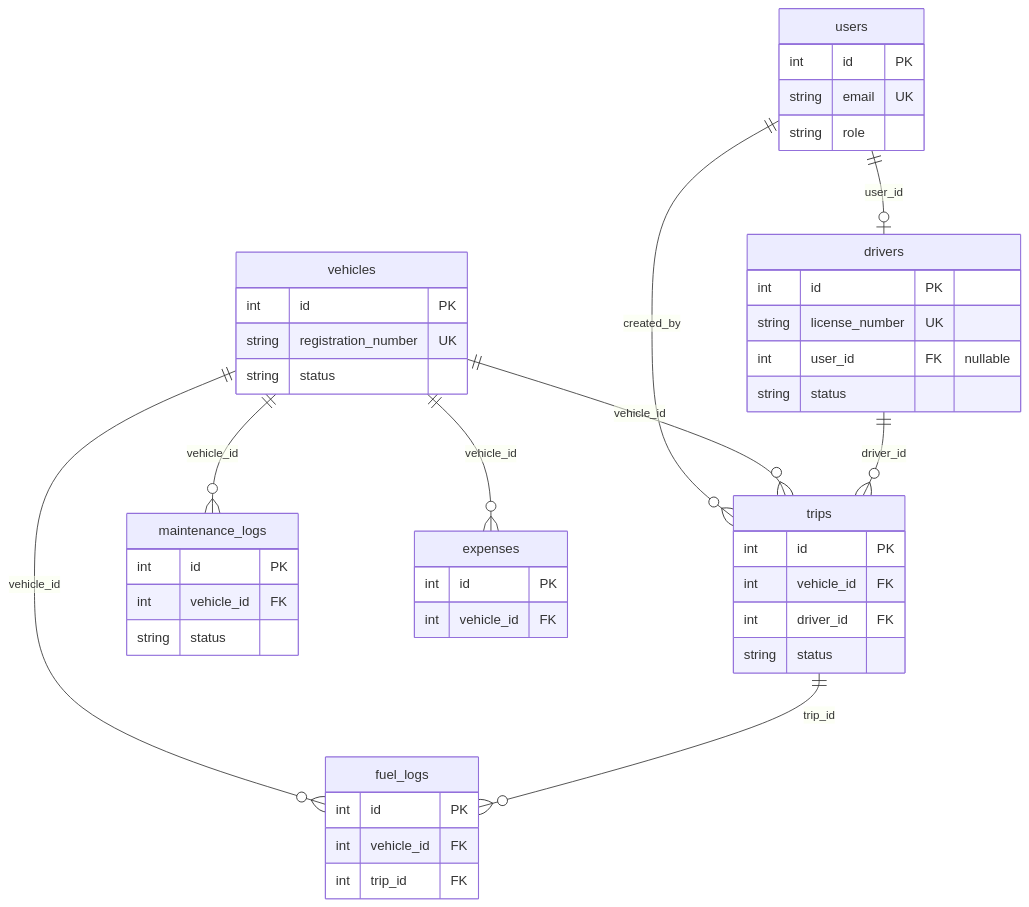
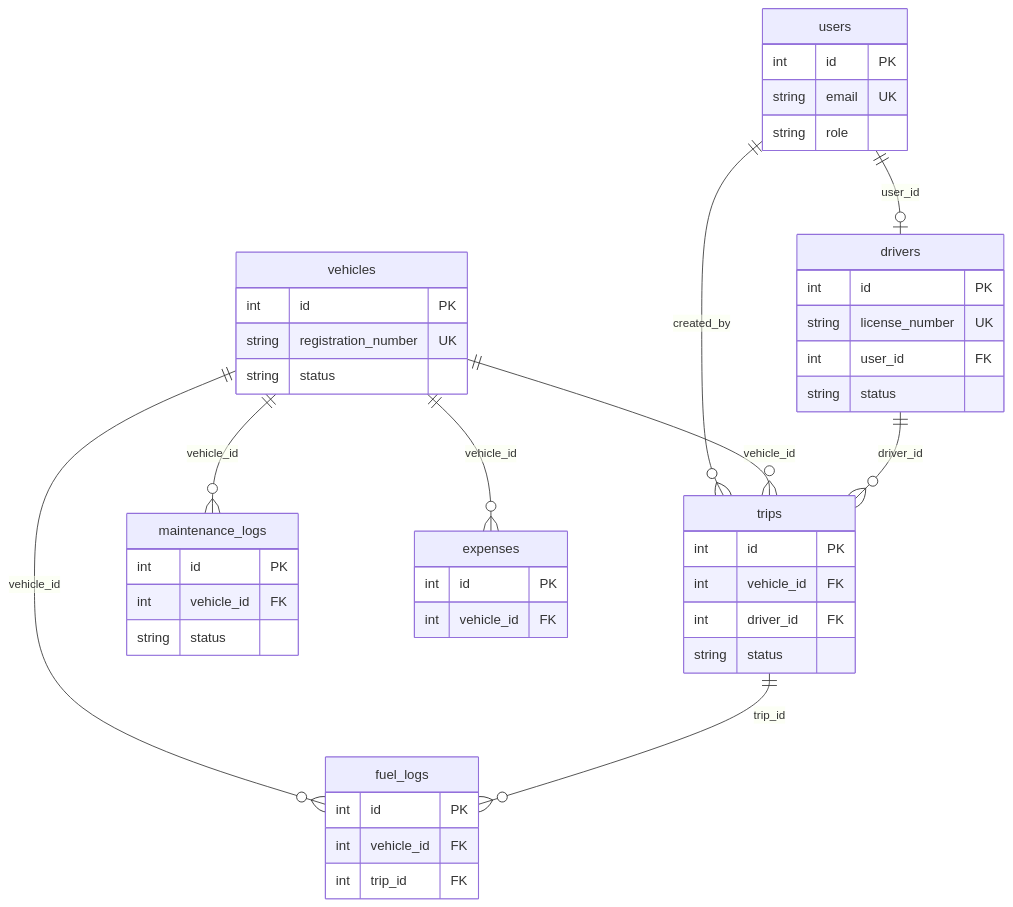
The diagram in README.md (sreecharan-desu/odoo-hackathon-2026), drawn with Mermaid before and after one commit. The commit also changed other lines of this file, not shown here.

````diff
--- a/README.md
+++ b/README.md
@@ -103,48 +86,48 @@
 ```mermaid
 erDiagram
   users ||--o| drivers : "user_id"
   users ||--o{ trips : "created_by"
   vehicles ||--o{ trips : "vehicle_id"
   drivers ||--o{ trips : "driver_id"
   vehicles ||--o{ maintenance_logs : "vehicle_id"
   vehicles ||--o{ fuel_logs : "vehicle_id"
   vehicles ||--o{ expenses : "vehicle_id"
   trips ||--o{ fuel_logs : "trip_id"
 
   users {
     int id PK
     string email UK
     string role
   }
   vehicles {
     int id PK
     string registration_number UK
     string status
   }
   drivers {
     int id PK
     string license_number UK
-    int user_id FK "nullable"
+    int user_id FK
     string status
   }
   trips {
     int id PK
     int vehicle_id FK
     int driver_id FK
     string status
   }
   maintenance_logs {
     int id PK
     int vehicle_id FK
     string status
   }
   fuel_logs {
     int id PK
     int vehicle_id FK
     int trip_id FK
   }
   expenses {
     int id PK
     int vehicle_id FK
   }
 ```
````
